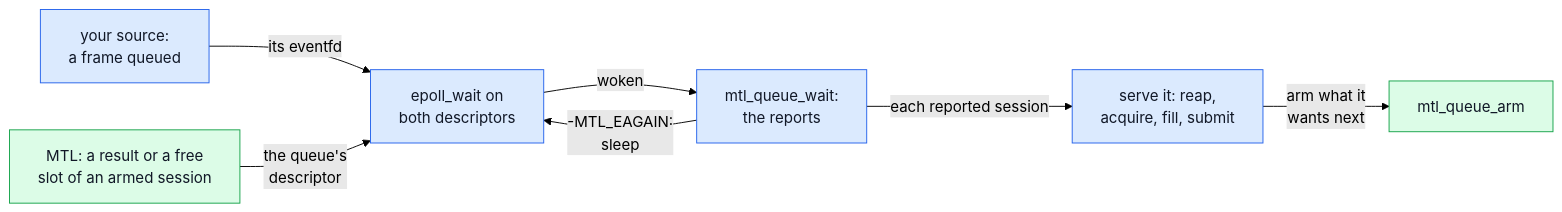
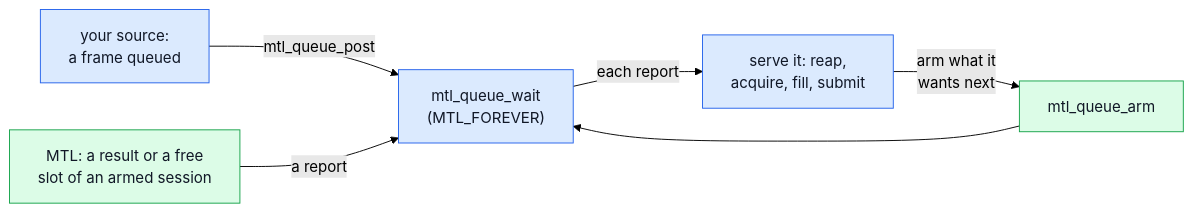
The third of 25 diagrams in doc/unified-api/examples.md (Sakoram/Media-Transport-Library), drawn with Mermaid (forest theme) before and after one commit. The commit also changed other lines of this file and 46 other files, not shown here.

````diff
--- a/doc/unified-api/examples.md
+++ b/doc/unified-api/examples.md
@@ -355,11 +361,10 @@
 ```mermaid
 flowchart LR
-    S["your source:<br/>a frame queued"]:::app -->|"its eventfd"| E["epoll_wait on<br/>both descriptors"]:::app
-    M["MTL: a result or a free<br/>slot of an armed session"]:::mtl -->|"the queue's<br/>descriptor"| E
-    E -->|"woken"| W["mtl_queue_wait:<br/>the reports"]:::app
-    W -->|"each reported session"| D["serve it: reap,<br/>acquire, fill, submit"]:::app
+    S["your source:<br/>a frame queued"]:::app -->|"mtl_queue_post"| E["mtl_queue_wait<br/>(MTL_FOREVER)"]:::app
+    M["MTL: a result or a free<br/>slot of an armed session"]:::mtl -->|"a report"| E
+    E -->|"each report"| D["serve it: reap,<br/>acquire, fill, submit"]:::app
     D -->|"arm what it<br/>wants next"| A["mtl_queue_arm"]:::mtl
-    W -->|"-MTL_EAGAIN:<br/>sleep"| E
+    A --> E
     classDef app fill:#dbeafe,stroke:#2563eb,color:#111827
     classDef mtl fill:#dcfce7,stroke:#16a34a,color:#111827
 ```
````
